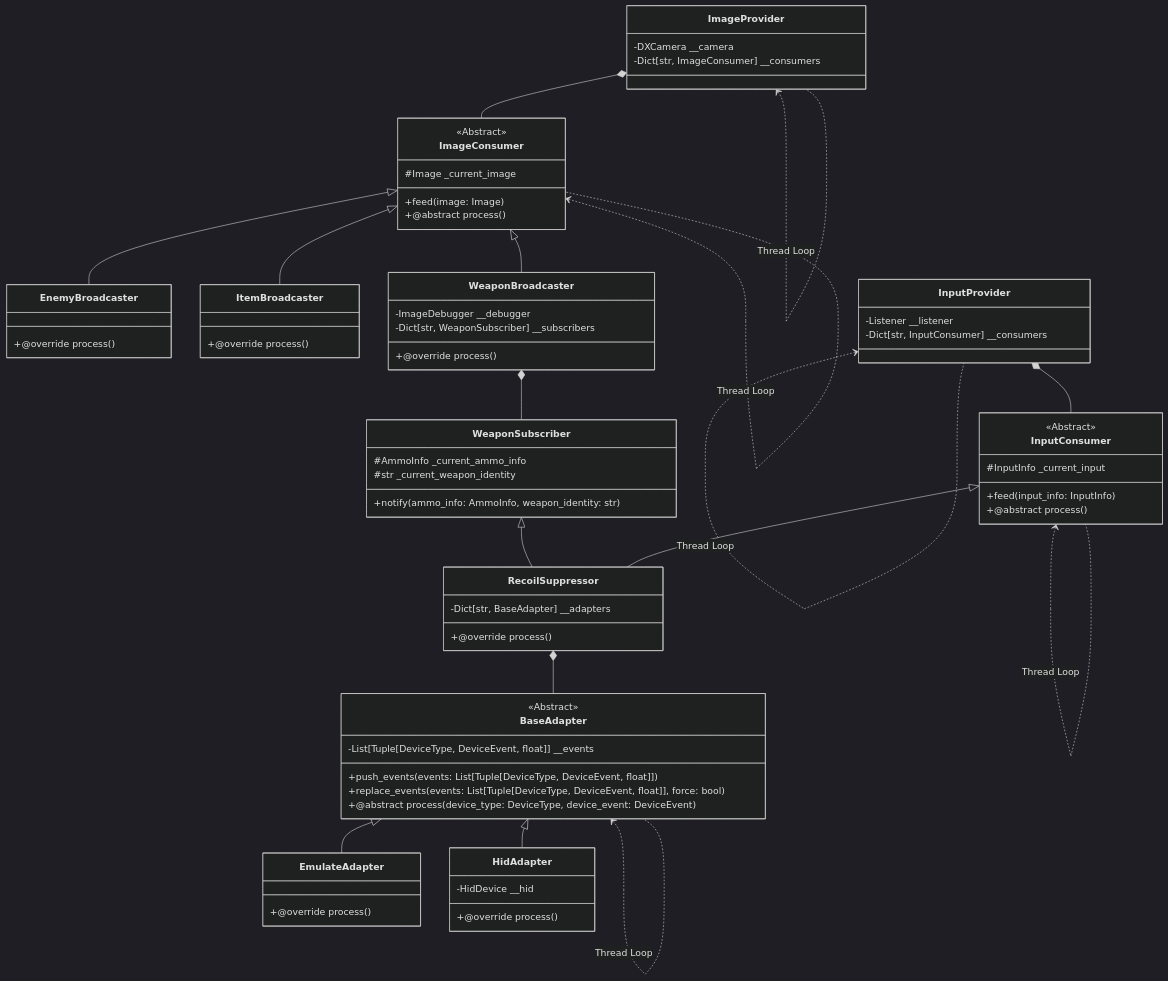
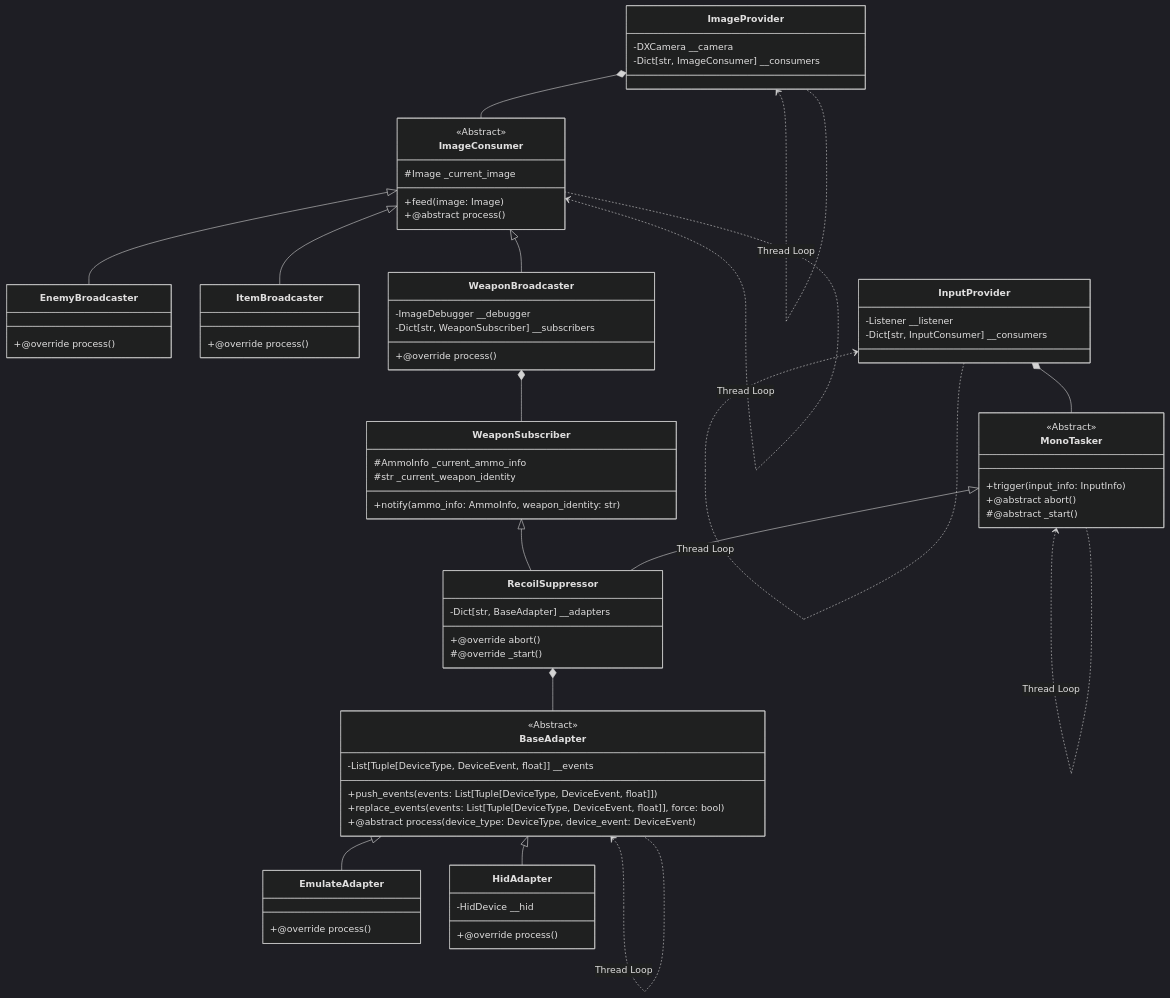
One commit to STEA-TEAM/apex_helper changed the diagram in wiki/SystemDesign.md. Above: the diagram before and after it, drawn with Mermaid (dark theme). The commit also changed 15 other files, not shown here.

````diff
--- a/wiki/SystemDesign.md
+++ b/wiki/SystemDesign.md
@@ -3,76 +3,77 @@
 ```mermaid
 classDiagram
     direction TB
     class ImageProvider {
         -DXCamera __camera
         -Dict[str, ImageConsumer] __consumers
     }
     ImageProvider <.. ImageProvider: Thread Loop
     class ImageConsumer {
         <<Abstract>>
         #Image _current_image
         +feed(image: Image)
         +@abstract process()
     }
     ImageConsumer <.. ImageConsumer: Thread Loop
     ImageProvider *-- ImageConsumer
     class EnemyBroadcaster {
         +@override process()
     }
     class ItemBroadcaster {
         +@override process()
     }
     class WeaponBroadcaster {
         -ImageDebugger __debugger
         -Dict[str, WeaponSubscriber] __subscribers
         +@override process()
     }
     ImageConsumer <|-- EnemyBroadcaster
     ImageConsumer <|-- ItemBroadcaster
     ImageConsumer <|-- WeaponBroadcaster
     class WeaponSubscriber {
         #AmmoInfo _current_ammo_info
         #str _current_weapon_identity
         +notify(ammo_info: AmmoInfo, weapon_identity: str)
     }
     WeaponBroadcaster *-- WeaponSubscriber
 
     class InputProvider {
         -Listener __listener
         -Dict[str, InputConsumer] __consumers
     }
     InputProvider <.. InputProvider: Thread Loop
-    class InputConsumer {
+    class MonoTasker {
         <<Abstract>>
-        #InputInfo _current_input
-        +feed(input_info: InputInfo)
-        +@abstract process()
+        +trigger(input_info: InputInfo)
+        +@abstract abort()
+        #@abstract _start()
     }
-    InputConsumer <.. InputConsumer: Thread Loop
-    InputProvider *-- InputConsumer
+    MonoTasker <.. MonoTasker: Thread Loop
+    InputProvider *-- MonoTasker
 
     class RecoilSuppressor {
         -Dict[str, BaseAdapter] __adapters
-        +@override process()
+        +@override abort()
+        #@override _start()
     }
     WeaponSubscriber <|-- RecoilSuppressor
-    InputConsumer <|-- RecoilSuppressor
+    MonoTasker <|-- RecoilSuppressor
     class BaseAdapter {
         <<Abstract>>
         -List[Tuple[DeviceType, DeviceEvent, float]] __events
         +push_events(events: List[Tuple[DeviceType, DeviceEvent, float]])
         +replace_events(events: List[Tuple[DeviceType, DeviceEvent, float]], force: bool)
         +@abstract process(device_type: DeviceType, device_event: DeviceEvent)
     }
     BaseAdapter <.. BaseAdapter: Thread Loop
     RecoilSuppressor *-- BaseAdapter
     class EmulateAdapter {
         +@override process()
     }
     class HidAdapter {
         -HidDevice __hid
         +@override process()
     }
     BaseAdapter <|-- EmulateAdapter
     BaseAdapter <|-- HidAdapter
 ```
````
